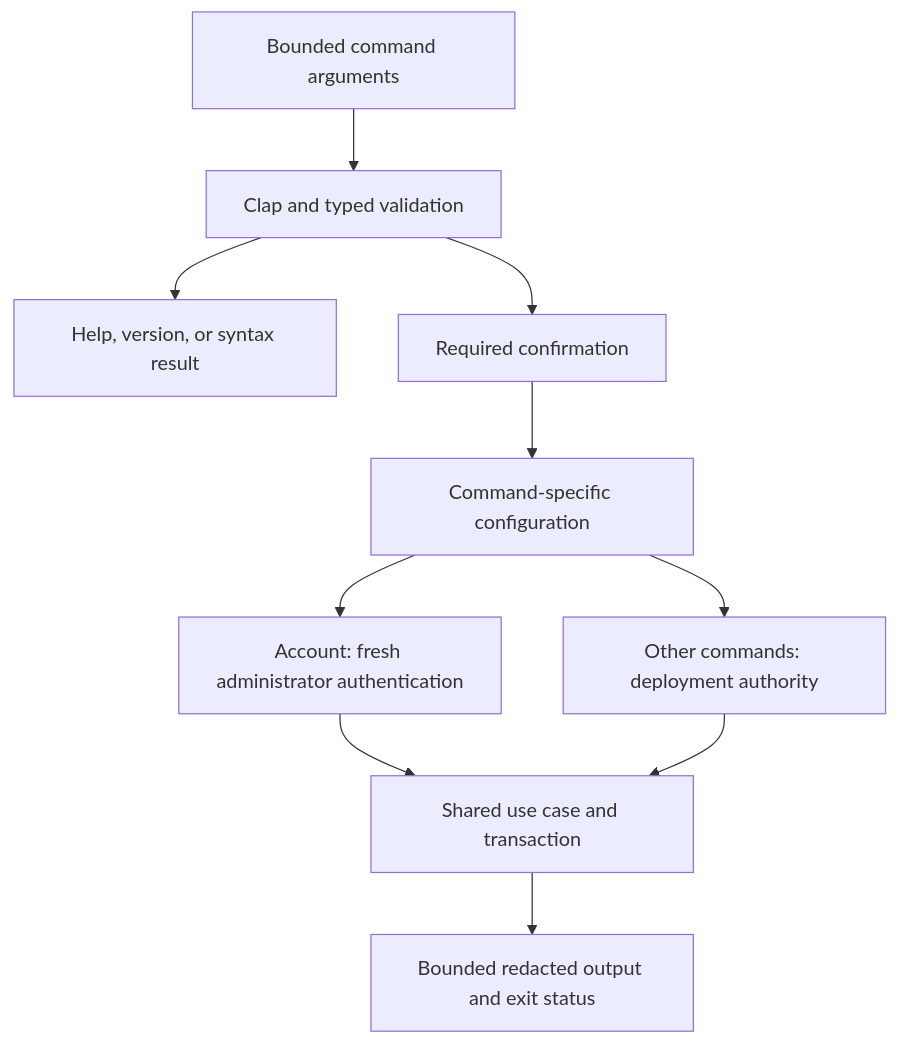
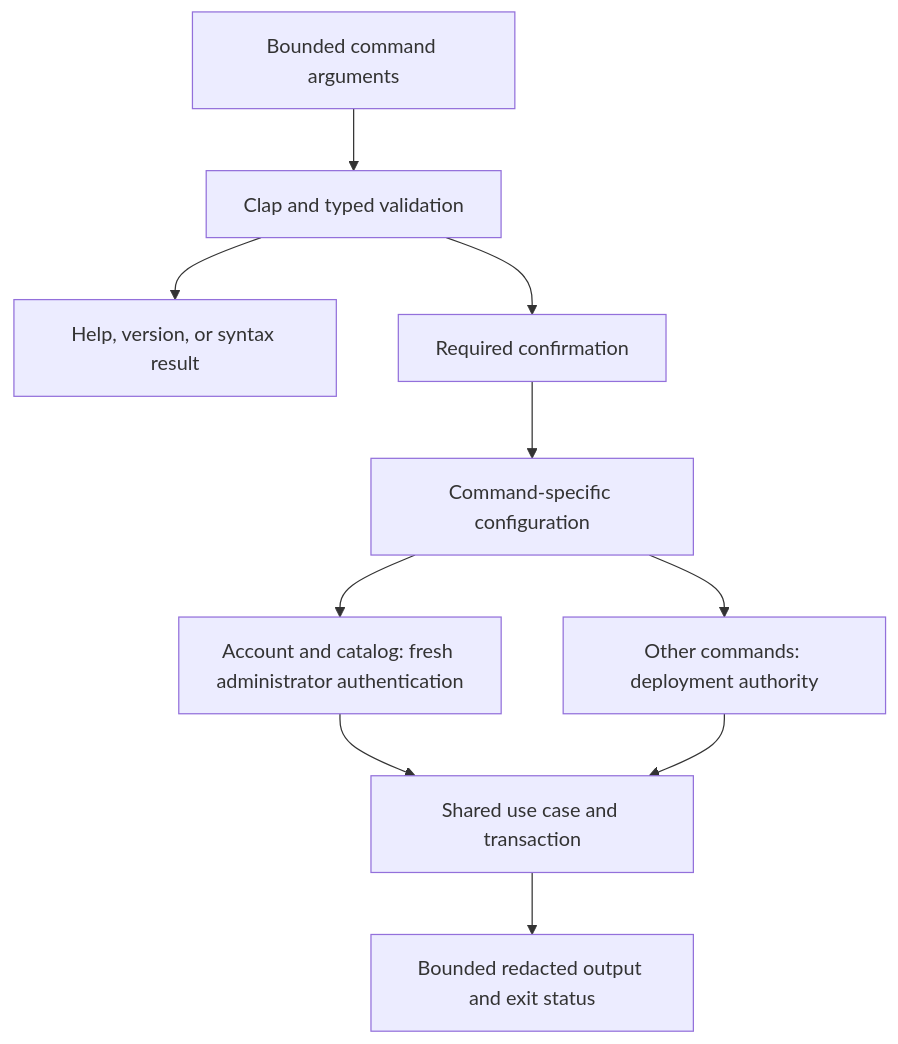
The diagram in docs/cli.md (OneTesseractInMultiverse/darkhorse-identity), drawn with Mermaid before and after one commit. The commit also changed other lines of this file and 46 other files, not shown here.

````diff
--- a/docs/cli.md
+++ b/docs/cli.md
@@ -10,12 +10,12 @@
 ```mermaid
 flowchart TD
     Args["Bounded command arguments"] --> Parse["Clap and typed validation"]
     Parse --> Help["Help, version, or syntax result"]
     Parse --> Confirm["Required confirmation"]
     Confirm --> Config["Command-specific configuration"]
-    Config --> Account["Account: fresh administrator authentication"]
+    Config --> Account["Account and catalog: fresh administrator authentication"]
     Config --> Operator["Other commands: deployment authority"]
     Account --> Execute["Shared use case and transaction"]
     Operator --> Execute
     Execute --> Output["Bounded redacted output and exit status"]
 ```
````
